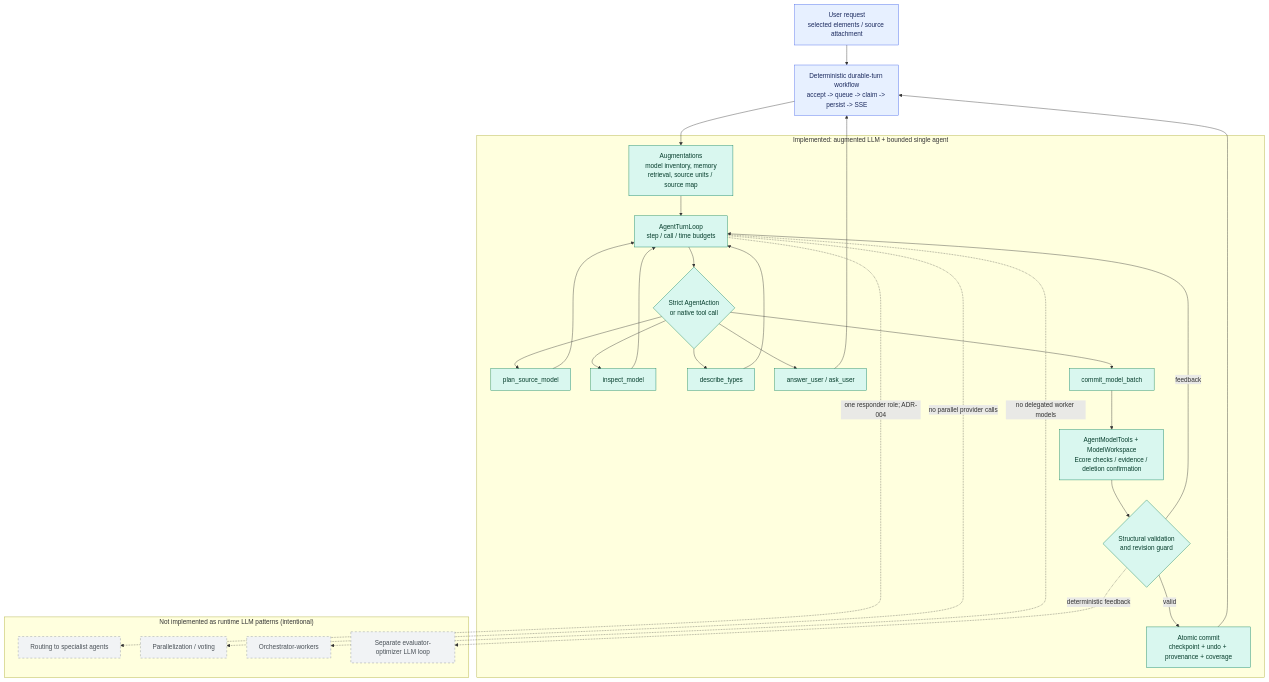
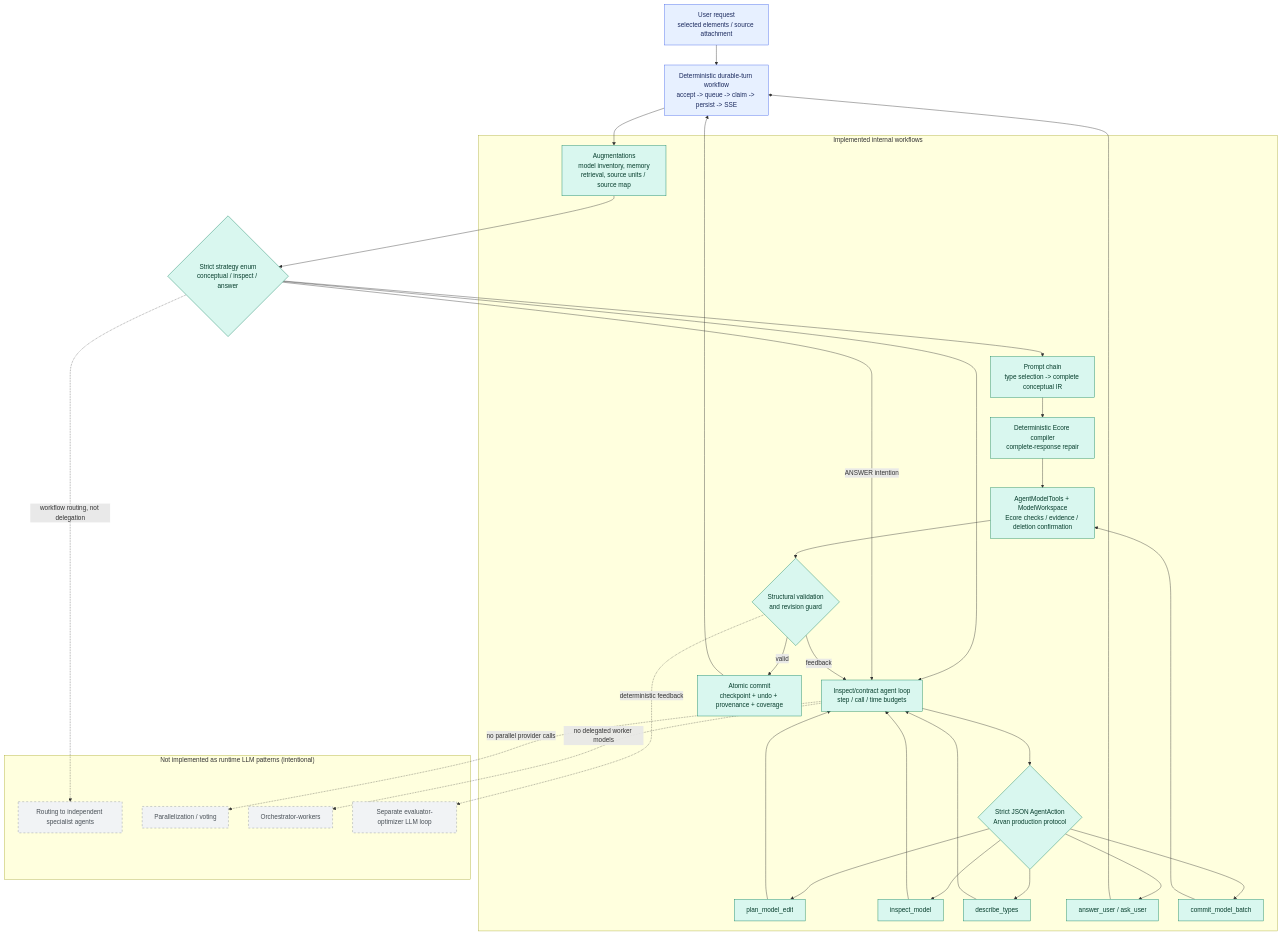
One commit to mehdieidi/modriss changed the diagram in docs/diagrams/29-agents-pattern-assessment.md. Above: the diagram before and after it, drawn with Mermaid. The commit also changed other lines of this file and 66 other files, not shown here.

````diff
--- a/docs/diagrams/29-agents-pattern-assessment.md
+++ b/docs/diagrams/29-agents-pattern-assessment.md
@@ -5,42 +5,48 @@
 ```mermaid
 flowchart TB
     user["User request<br/>selected elements / source attachment"]
     durable["Deterministic durable-turn workflow<br/>accept -> queue -> claim -> persist -> SSE"]
-    subgraph augmented["Implemented: augmented LLM + bounded single agent"]
+    strategy{"Strict strategy enum<br/>conceptual / inspect / answer"}
+    subgraph augmented["Implemented internal workflows"]
         context["Augmentations<br/>model inventory, memory<br/>retrieval, source units / source map"]
-        agent["AgentTurnLoop<br/>step / call / time budgets"]
-        action{"Strict AgentAction<br/>or native tool call"}
-        plan["plan_source_model"]
+        conceptual["Prompt chain<br/>type selection -> complete conceptual IR"]
+        compiler["Deterministic Ecore compiler<br/>complete-response repair"]
+        agent["Inspect/contract agent loop<br/>step / call / time budgets"]
+        action{"Strict JSON AgentAction<br/>Arvan production protocol"}
+        plan["plan_model_edit"]
         inspect["inspect_model"]
         types["describe_types"]
         terminal["answer_user / ask_user"]
         commit["commit_model_batch"]
         tools["AgentModelTools + ModelWorkspace<br/>Ecore checks / evidence / deletion confirmation"]
         validation{"Structural validation<br/>and revision guard"}
         persist["Atomic commit<br/>checkpoint + undo + provenance + coverage"]
     end
-    user --> durable --> context --> agent --> action
+    user --> durable --> context --> strategy
+    strategy --> conceptual --> compiler --> tools
+    strategy --> agent --> action
+    strategy -->|ANSWER intention| agent
     action --> plan --> agent
     action --> inspect --> agent
     action --> types --> agent
     action --> terminal --> durable
     action --> commit --> tools --> validation
     validation -- valid --> persist --> durable
     validation -- feedback --> agent
     subgraph excluded["Not implemented as runtime LLM patterns (intentional)"]
-        route["Routing to specialist agents"]
+        route["Routing to independent specialist agents"]
         parallel["Parallelization / voting"]
         workers["Orchestrator-workers"]
         evaluator["Separate evaluator-optimizer LLM loop"]
     end
-    agent -. "one responder role; ADR-004" .-> route
+    strategy -. "workflow routing, not delegation" .-> route
     agent -. "no parallel provider calls" .-> parallel
     agent -. "no delegated worker models" .-> workers
     validation -. "deterministic feedback" .-> evaluator
     classDef implemented fill:#d9f7ef,stroke:#087f5b,color:#063d2c;
     classDef boundary fill:#e7f0ff,stroke:#4263eb,color:#1c2a5e;
     classDef excluded fill:#f1f3f5,stroke:#868e96,color:#495057,stroke-dasharray: 5 5;
     class user,durable boundary;
-    class context,agent,action,plan,inspect,types,terminal,commit,tools,validation,persist implemented;
+    class context,strategy,conceptual,compiler,agent,action,plan,inspect,types,terminal,commit,tools,validation,persist implemented;
     class route,parallel,workers,evaluator excluded;
 ```
````
